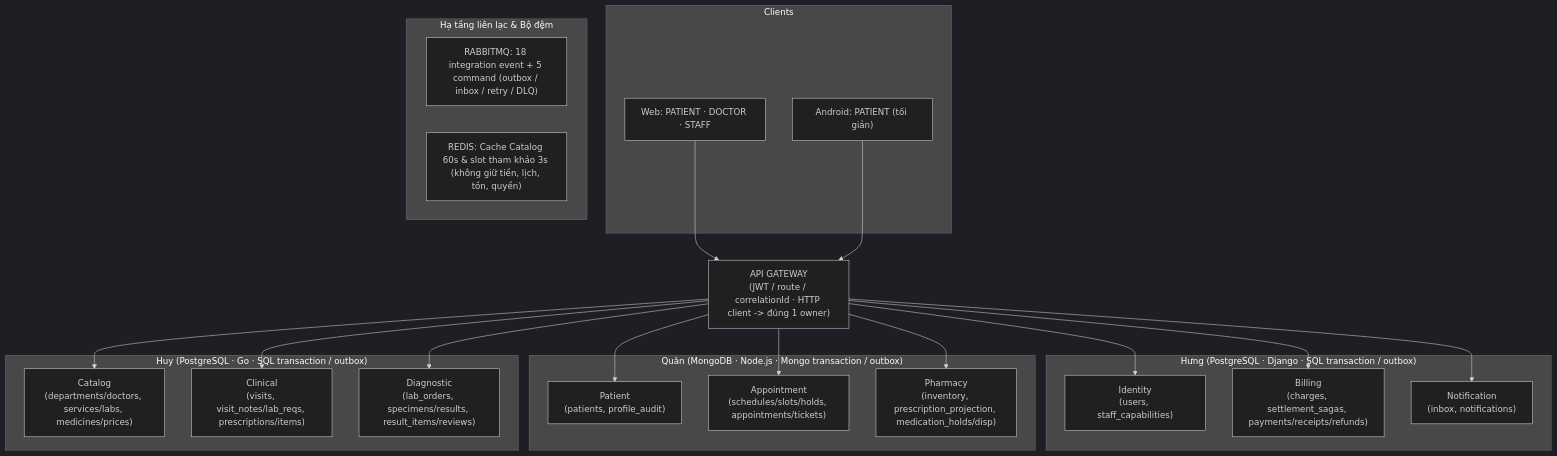
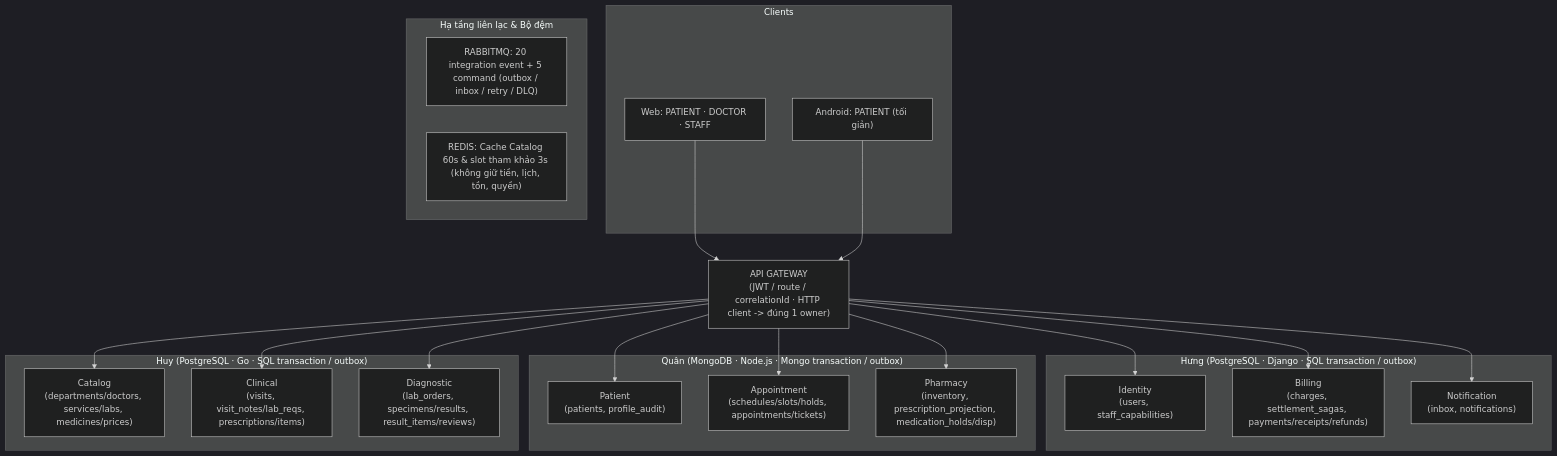
The first of 2 diagrams in docs/UMC_Care_SRS_9_Service_v5_20261017.md (huyhcm2k5it/DoAn_PTPMHDV_Nhom5_PTITHCM), drawn with Mermaid (dark theme) before and after one commit. The commit also changed other lines of this file and 67 other files, not shown here.

````diff
--- a/docs/UMC_Care_SRS_9_Service_v5_20261017.md
+++ b/docs/UMC_Care_SRS_9_Service_v5_20261017.md
@@ -28,36 +28,36 @@
 ```mermaid
 flowchart TD
     subgraph Clients["Clients"]
         Web["Web: PATIENT · DOCTOR · STAFF"]
         App["Android: PATIENT (tối giản)"]
     end
 
     Gateway["API GATEWAY\n(JWT / route / correlationId · HTTP client -> đúng 1 owner)"]
     Web --> Gateway
     App --> Gateway
 
     subgraph Hung["Hưng (PostgreSQL · Django · SQL transaction / outbox)"]
         Identity["Identity\n(users, staff_capabilities)"]
         Billing["Billing\n(charges, settlement_sagas, payments/receipts/refunds)"]
         Notification["Notification\n(inbox, notifications)"]
     end
 
     subgraph Quan["Quân (MongoDB · Node.js · Mongo transaction / outbox)"]
         Patient["Patient\n(patients, profile_audit)"]
         Appointment["Appointment\n(schedules/slots/holds, appointments/tickets)"]
         Pharmacy["Pharmacy\n(inventory, prescription_projection, medication_holds/disp)"]
     end
 
     subgraph Huy["Huy (PostgreSQL · Go · SQL transaction / outbox)"]
         Catalog["Catalog\n(departments/doctors, services/labs, medicines/prices)"]
         Clinical["Clinical\n(visits, visit_notes/lab_reqs, prescriptions/items)"]
         Diagnostic["Diagnostic\n(lab_orders, specimens/results, result_items/reviews)"]
     end
 
     Gateway --> Identity & Patient & Catalog & Appointment & Clinical & Diagnostic & Pharmacy & Billing & Notification
 
     subgraph Infra["Hạ tầng liên lạc & Bộ đệm"]
-        RabbitMQ["RABBITMQ: 18 integration event + 5 command (outbox / inbox / retry / DLQ)"]
+        RabbitMQ["RABBITMQ: 20 integration event + 5 command (outbox / inbox / retry / DLQ)"]
         Redis["REDIS: Cache Catalog 60s & slot tham khảo 3s (không giữ tiền, lịch, tồn, quyền)"]
     end
 ```
````
